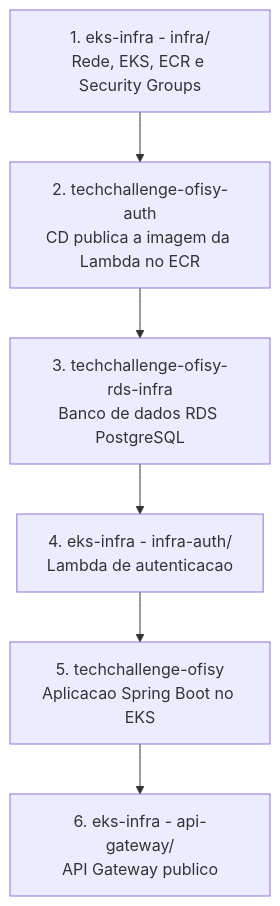
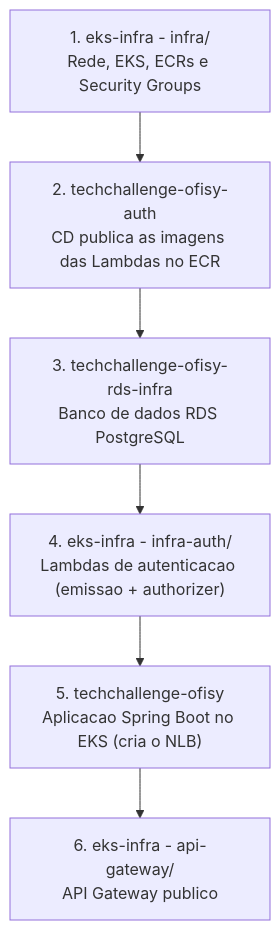
Before and after one commit to 15SOAT-FIAP/techchallenge-ofisy-eks-infra: the diagram in README.md, drawn with Mermaid. The commit also changed other lines of this file, not shown here.

Commit message:
chore: Ajuste README.md para contemplar informações sobre lambda authorizer

````diff
--- a/README.md
+++ b/README.md
@@ -55,11 +59,11 @@
 ```mermaid
 flowchart TD
-    P1["1. eks-infra - infra/<br/>Rede, EKS, ECR e Security Groups"]
-    P2["2. techchallenge-ofisy-auth<br/>CD publica a imagem da Lambda no ECR"]
+    P1["1. eks-infra - infra/<br/>Rede, EKS, ECRs e Security Groups"]
+    P2["2. techchallenge-ofisy-auth<br/>CD publica as imagens das Lambdas no ECR"]
     P3["3. techchallenge-ofisy-rds-infra<br/>Banco de dados RDS PostgreSQL"]
-    P4["4. eks-infra - infra-auth/<br/>Lambda de autenticacao"]
-    P5["5. techchallenge-ofisy<br/>Aplicacao Spring Boot no EKS"]
+    P4["4. eks-infra - infra-auth/<br/>Lambdas de autenticacao (emissao + authorizer)"]
+    P5["5. techchallenge-ofisy<br/>Aplicacao Spring Boot no EKS (cria o NLB)"]
     P6["6. eks-infra - api-gateway/<br/>API Gateway publico"]
 
     P1 --> P2 --> P3 --> P4 --> P5 --> P6
 ```
````
